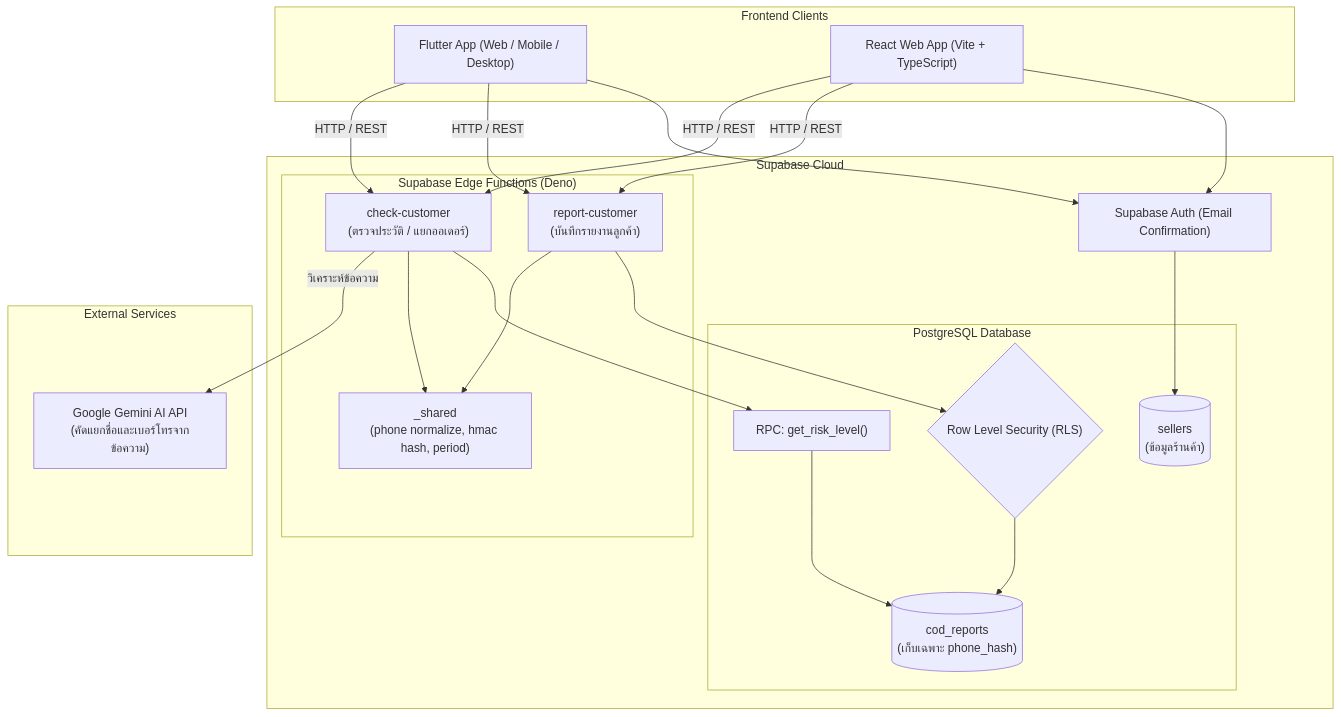
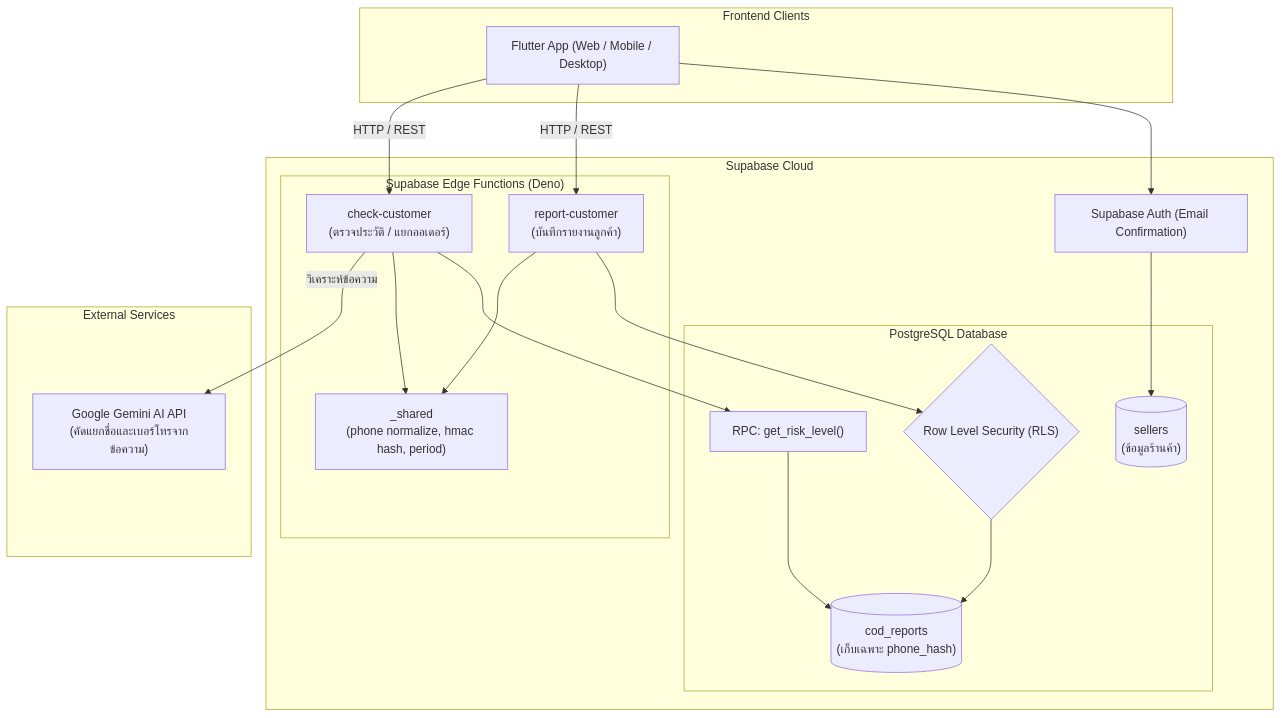
The diagram in README.md (3towson/low-code), drawn with Mermaid before and after one commit. The commit also changed other lines of this file and 32 other files, not shown here.

````diff
--- a/README.md
+++ b/README.md
@@ -97,45 +94,41 @@
 ```mermaid
 flowchart TD
     subgraph Clients["Frontend Clients"]
         Flutter["Flutter App (Web / Mobile / Desktop)"]
-        React["React Web App (Vite + TypeScript)"]
     end
 
     subgraph Supabase["Supabase Cloud"]
         subgraph EdgeFunctions["Supabase Edge Functions (Deno)"]
             CheckFn["check-customer\n(ตรวจประวัติ / แยกออเดอร์)"]
             ReportFn["report-customer\n(บันทึกรายงานลูกค้า)"]
             SharedMod["_shared\n(phone normalize, hmac hash, period)"]
         end
 
         subgraph Database["PostgreSQL Database"]
             SellersTable[("sellers\n(ข้อมูลร้านค้า)")]
             ReportsTable[("cod_reports\n(เก็บเฉพาะ phone_hash)")]
             RLS{"Row Level Security (RLS)"}
             RiskRPC["RPC: get_risk_level()"]
         end
 
         Auth["Supabase Auth (Email Confirmation)"]
     end
 
     subgraph External["External Services"]
         Gemini["Google Gemini AI API\n(คัดแยกชื่อและเบอร์โทรจากข้อความ)"]
     end
 
     Flutter -->|HTTP / REST| CheckFn
     Flutter -->|HTTP / REST| ReportFn
-    React -->|HTTP / REST| CheckFn
-    React -->|HTTP / REST| ReportFn
     Flutter --> Auth
-    React --> Auth
 
     CheckFn -->|วิเคราะห์ข้อความ| Gemini
     CheckFn --> SharedMod
     ReportFn --> SharedMod
 
     CheckFn --> RiskRPC
     RiskRPC --> ReportsTable
     ReportFn --> RLS
     RLS --> ReportsTable
     Auth --> SellersTable
 ```
````
